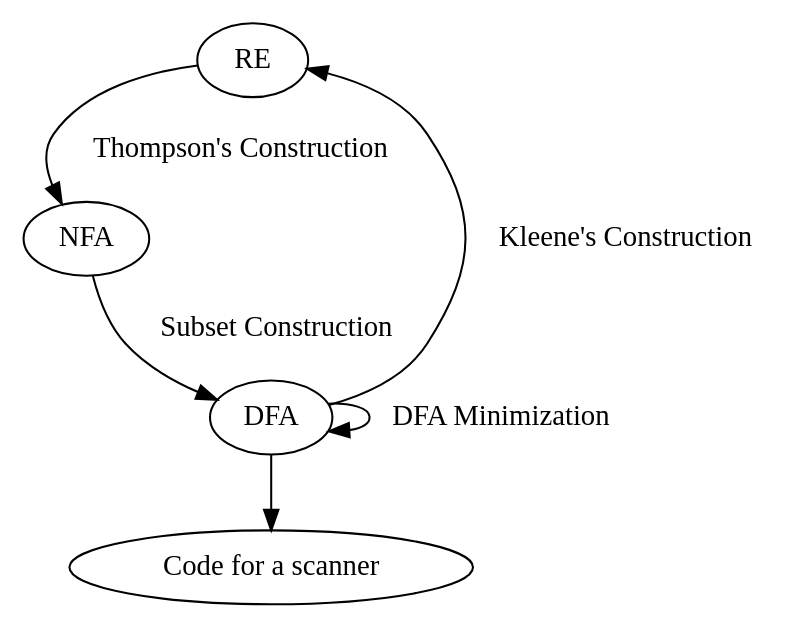
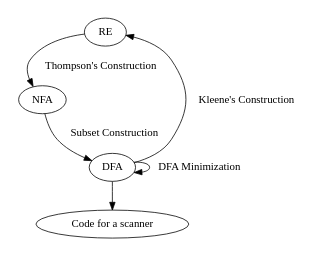
Before and after one commit to obcode/compiler: the diagram in img/02/CycleOfConstructions.dot, drawn with Graphviz. The commit also changed 33 other files, not shown here.

```diff
--- a/img/02/CycleOfConstructions.dot
+++ b/img/02/CycleOfConstructions.dot
@@ -1,7 +1,8 @@
 digraph finite_state_machine {
+    size="2,2"
     RE -> NFA[ label = "Thompson's Construction" ];
     NFA -> DFA [ label = "Subset Construction" ];
     DFA -> DFA [ label = "DFA Minimization" ];
     DFA -> RE [ label = "Kleene's Construction" ];
     DFA -> "Code for a scanner";
 }
```
